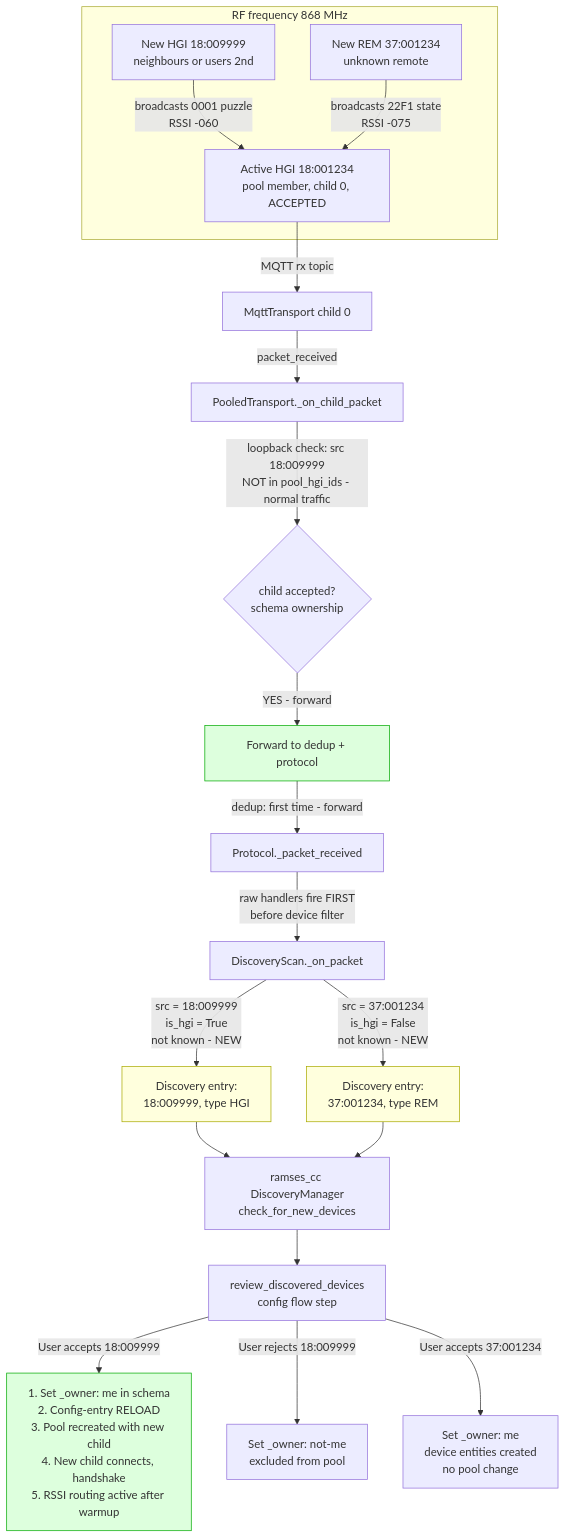
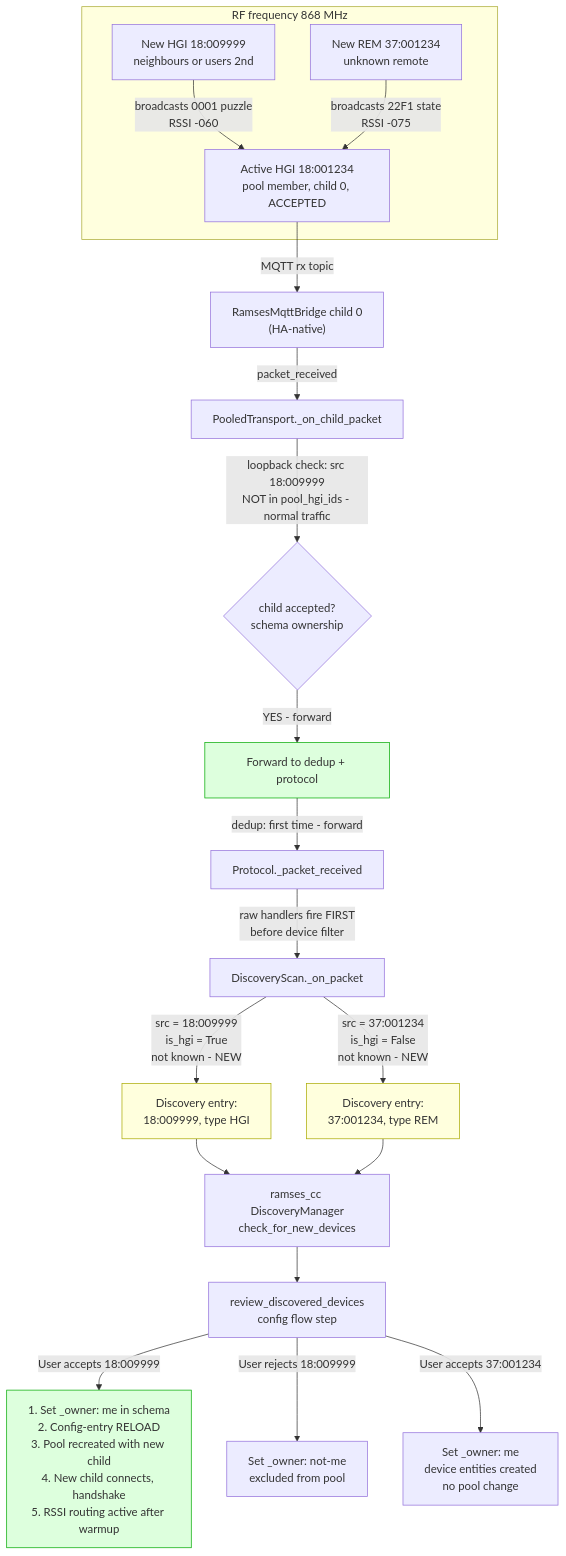
One commit to ramses-rf/ramses_cc changed the diagram in docs/diagrams/03_discovery_new_hgi.md. Above: the diagram before and after it, drawn with Mermaid. The commit also changed 5 other files, not shown here.

First line of the commit message:
fix: reconcile serialx pin, update diagrams (issue 1119)

````diff
--- a/docs/diagrams/03_discovery_new_hgi.md
+++ b/docs/diagrams/03_discovery_new_hgi.md
@@ -3,37 +3,37 @@
 ```mermaid
 flowchart TD
     subgraph RF["RF frequency 868 MHz"]
         NewHGI["New HGI 18:009999<br/>neighbours or users 2nd"]
         NewREM["New REM 37:001234<br/>unknown remote"]
         ActiveHGI["Active HGI 18:001234<br/>pool member, child 0, ACCEPTED"]
     end
 
     NewHGI -->|"broadcasts 0001 puzzle<br/>RSSI -060"| ActiveHGI
     NewREM -->|"broadcasts 22F1 state<br/>RSSI -075"| ActiveHGI
 
-    ActiveHGI -->|"MQTT rx topic"| MqttTransport["MqttTransport child 0"]
-    MqttTransport -->|"packet_received"| Pool["PooledTransport._on_child_packet"]
+    ActiveHGI -->|"MQTT rx topic"| MqttBridge["RamsesMqttBridge child 0<br/>(HA-native)"]
+    MqttBridge -->|"packet_received"| Pool["PooledTransport._on_child_packet"]
 
     Pool -->|"loopback check: src 18:009999<br/>NOT in pool_hgi_ids - normal traffic"| AcceptCheck{"child accepted?<br/>schema ownership"}
     AcceptCheck -->|"YES - forward"| Forward["Forward to dedup + protocol"]
 
     Forward -->|"dedup: first time - forward"| Proto["Protocol._packet_received"]
     Proto -->|"raw handlers fire FIRST<br/>before device filter"| Scan["DiscoveryScan._on_packet"]
 
     Scan -->|"src = 18:009999<br/>is_hgi = True<br/>not known - NEW"| NewDevice1["Discovery entry:<br/>18:009999, type HGI"]
     Scan -->|"src = 37:001234<br/>is_hgi = False<br/>not known - NEW"| NewDevice2["Discovery entry:<br/>37:001234, type REM"]
 
     NewDevice1 --> Notify["ramses_cc DiscoveryManager<br/>check_for_new_devices"]
     NewDevice2 --> Notify
 
     Notify --> Review["review_discovered_devices<br/>config flow step"]
 
     Review -->|"User accepts 18:009999"| AcceptHGI["1. Set _owner: me in schema<br/>2. Config-entry RELOAD<br/>3. Pool recreated with new child<br/>4. New child connects, handshake<br/>5. RSSI routing active after warmup"]
     Review -->|"User rejects 18:009999"| RejectHGI["Set _owner: not-me<br/>excluded from pool"]
     Review -->|"User accepts 37:001234"| AcceptREM["Set _owner: me<br/>device entities created<br/>no pool change"]
 
     style Forward fill:#dfd,stroke:#0a0
     style NewDevice1 fill:#ffd,stroke:#aa0
     style NewDevice2 fill:#ffd,stroke:#aa0
     style AcceptHGI fill:#dfd,stroke:#0a0
 ```
````
